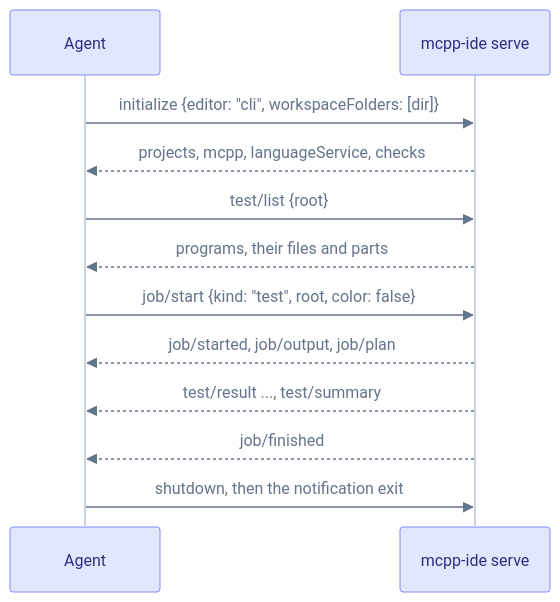
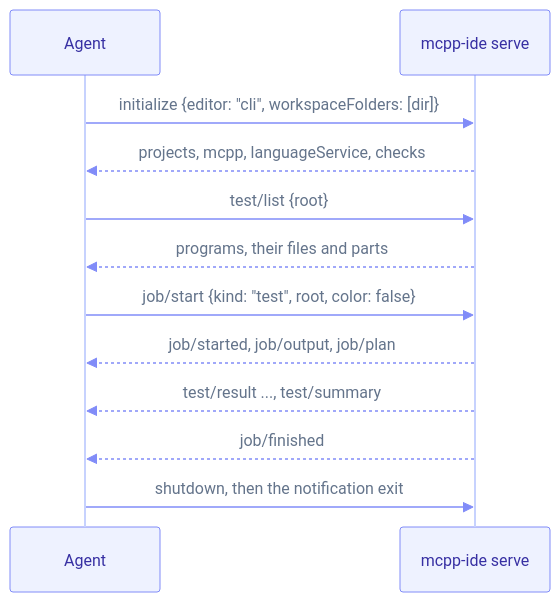
One commit to mcpp-community/mcpp-ide changed the diagram in agents/README.md. Above: the diagram before and after it, drawn with Mermaid. The commit also changed 3 other files, not shown here.

First line of the commit message:
docs: one prompt for agents, one editors table with its marketplaces, straight diagrams

````diff
--- a/agents/README.md
+++ b/agents/README.md
@@ -25,15 +25,15 @@
 ```mermaid
-%%{init: {"theme": "base", "themeVariables": {"fontFamily": "ui-sans-serif, system-ui, -apple-system, Segoe UI, sans-serif", "fontSize": "14px", "actorBkg": "#e0e7ff", "actorBorder": "#818cf8", "actorTextColor": "#312e81", "actorLineColor": "#cbd5e1", "signalColor": "#64748b", "signalTextColor": "#64748b", "sequenceNumberColor": "#ffffff", "noteBkgColor": "#fef3c7", "noteBorderColor": "#fbbf24", "noteTextColor": "#78350f", "activationBkgColor": "#ccfbf1", "activationBorderColor": "#2dd4bf", "labelBoxBkgColor": "#e0e7ff", "labelBoxBorderColor": "#818cf8", "labelTextColor": "#312e81", "loopTextColor": "#64748b"}}}%%
+%%{init: {"theme": "base", "themeVariables": {"fontFamily": "ui-sans-serif, system-ui, -apple-system, Segoe UI, sans-serif", "fontSize": "14px", "actorBkg": "#eef2ff", "actorBorder": "#818cf8", "actorTextColor": "#3730a3", "actorLineColor": "#c7d2fe", "signalColor": "#818cf8", "signalTextColor": "#64748b", "sequenceNumberColor": "#ffffff", "noteBkgColor": "#fffbeb", "noteBorderColor": "#f59e0b", "noteTextColor": "#92400e", "labelBoxBkgColor": "#eef2ff", "labelBoxBorderColor": "#818cf8", "labelTextColor": "#3730a3", "loopTextColor": "#64748b"}}}%%
 sequenceDiagram
     participant A as Agent
     participant B as mcpp-ide serve
     A->>B: initialize {editor: "cli", workspaceFolders: [dir]}
     B-->>A: projects, mcpp, languageService, checks
     A->>B: test/list {root}
     B-->>A: programs, their files and parts
     A->>B: job/start {kind: "test", root, color: false}
     B-->>A: job/started, job/output, job/plan
     B-->>A: test/result ..., test/summary
     B-->>A: job/finished
     A->>B: shutdown, then the notification exit
 ```
````
